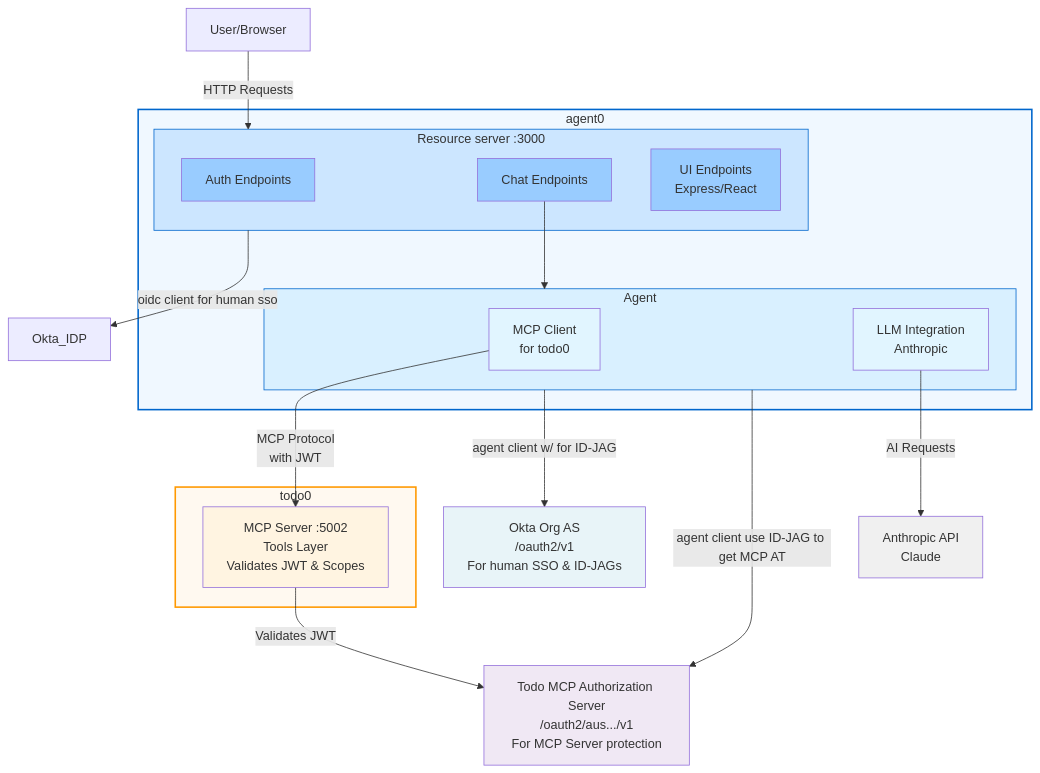
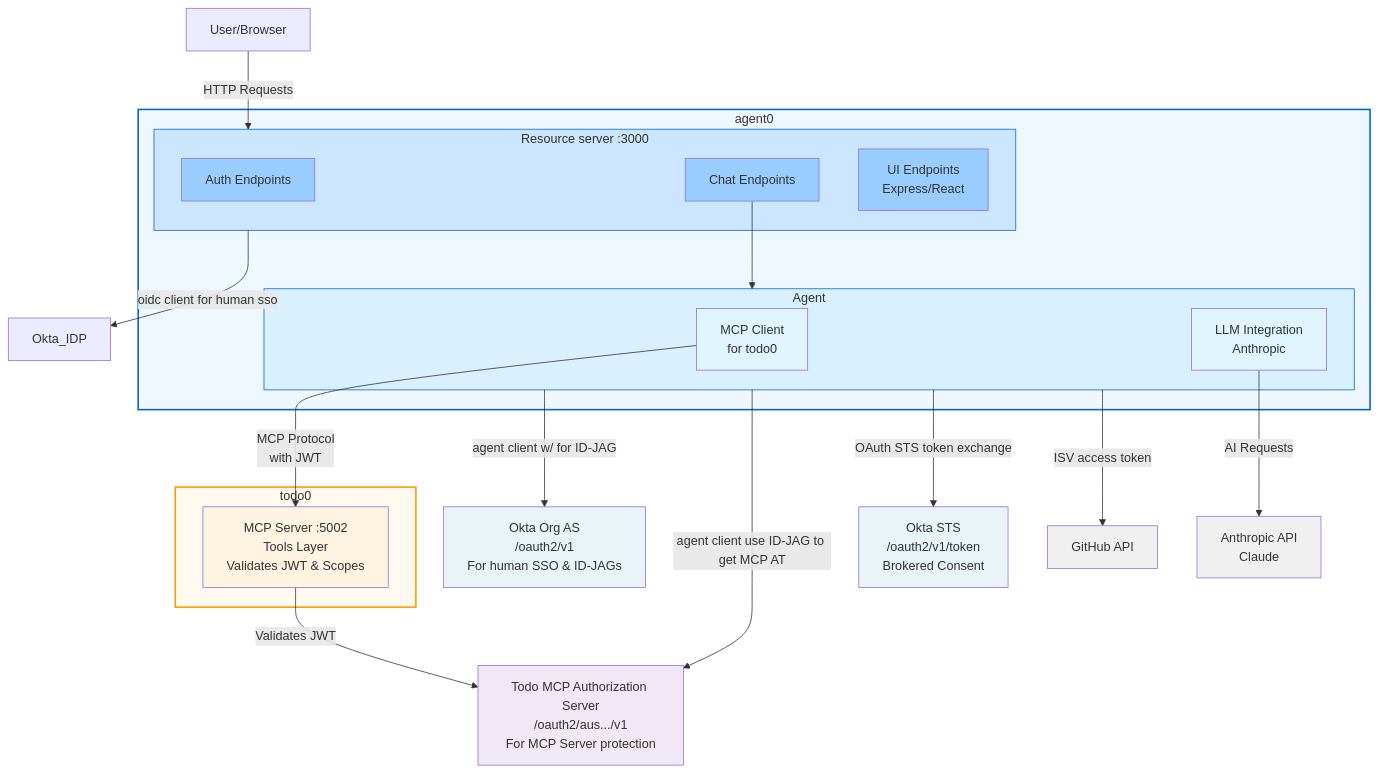
One commit to oktadev/okta-secure-ai-agent-example changed the diagram in README.md. Above: the diagram before and after it, drawn with Mermaid. The commit also changed other lines of this file and 2 other files, not shown here.

First line of the commit message:
Pre-merge cleanup: document OAuth STS feature in README and remove debug logging

````diff
--- a/README.md
+++ b/README.md
@@ -21,48 +21,54 @@
 ```mermaid
 graph TB
     User[User/Browser]
     Anthropic[Anthropic API<br/>Claude]
     Okta_Org_AS[Okta Org AS<br/>/oauth2/v1<br/>For human SSO & ID-JAGs]
     Okta_IDP
     Okta_MCP_AS[Todo MCP Authorization Server<br/>/oauth2/aus.../v1<br/>For MCP Server protection]
+    Okta_STS[Okta STS<br/>/oauth2/v1/token<br/>Brokered Consent]
+    GitHub[GitHub API]
 
     subgraph Agent0[agent0]
         subgraph ResourceServer[Resource server :3000]
             Auth[Auth Endpoints]
             Chat[Chat Endpoints]
             UI[UI Endpoints<br/>Express/React]
         end
 
         subgraph AgentIdentity[Agent]
             MCP_Client[MCP Client<br/>for todo0]
             LLM_Integration[LLM Integration<br/>Anthropic]
         end
     end
 
     subgraph Todo0[todo0]
         MCP_Server[MCP Server :5002<br/>Tools Layer<br/>Validates JWT & Scopes]
     end
 
     User -->|HTTP Requests| ResourceServer
     ResourceServer-->|oidc client for human sso| Okta_IDP
     LLM_Integration -->|AI Requests| Anthropic
     AgentIdentity -->| agent client w/ for ID-JAG | Okta_Org_AS
     AgentIdentity -->| agent client use ID-JAG to get MCP AT | Okta_MCP_AS
     MCP_Client -->|MCP Protocol<br/>with JWT| MCP_Server
     MCP_Server -->|Validates JWT| Okta_MCP_AS
     Chat-->AgentIdentity
+    AgentIdentity -->|OAuth STS token exchange| Okta_STS
+    AgentIdentity -->|ISV access token| GitHub
 
     style Auth fill:#99ccff
     style UI fill:#99ccff
     style Chat fill:#99ccff
     style MCP_Client fill:#e1f5ff
     style LLM_Integration fill:#e1f5ff
     style MCP_Server fill:#fff4e1
     style Okta_Org_AS fill:#e8f4f8
     style Okta_MCP_AS fill:#f0e8f4
     style Anthropic fill:#f0f0f0
     style ResourceServer fill:#cce6ff,stroke:#0066cc,stroke-width:1px
     style AgentIdentity fill:#d9f0ff,stroke:#0066cc,stroke-width:1px
     style Agent0 fill:#f0f8ff,stroke:#0066cc,stroke-width:2px
+    style Okta_STS fill:#e8f4f8
+    style GitHub fill:#f0f0f0
     style Todo0 fill:#fff9f0,stroke:#ff9900,stroke-width:2px
 ```
````
